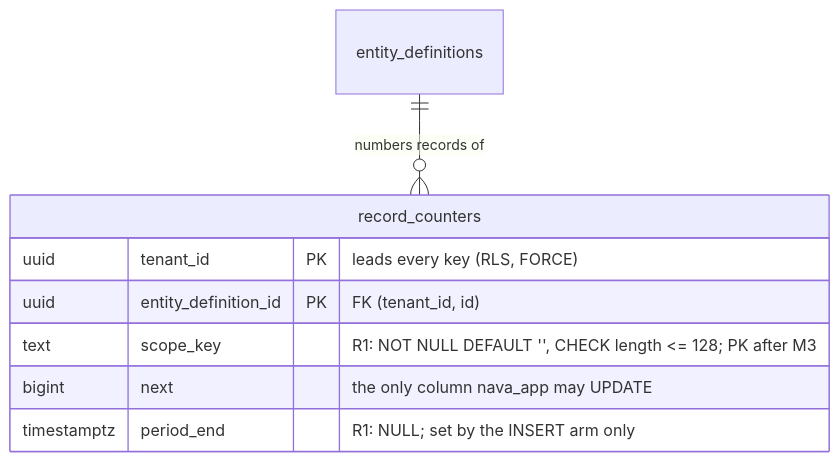
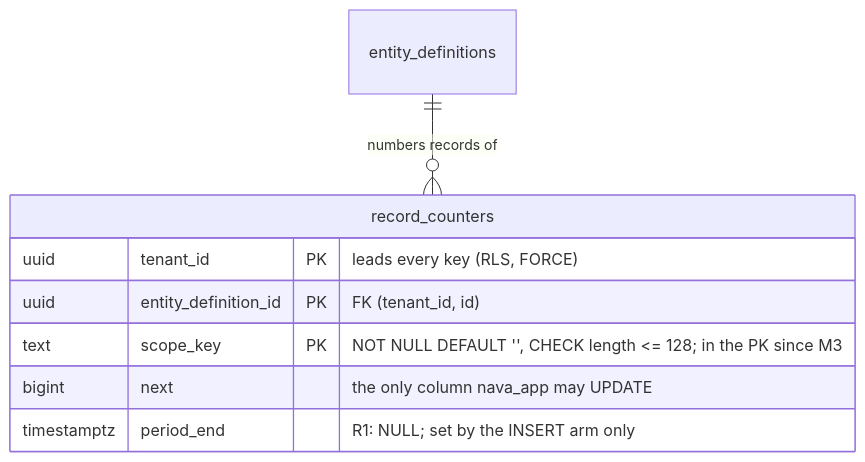
One commit to Navaladi2019/TicketingSystem changed the first of 3 diagrams in docs/data/record-counters-scope-key.md. Above: the diagram before and after it, drawn with Mermaid. The commit also changed other lines of this file and 20 other files, not shown here.

First line of the commit message:
TICK-670: M3, record_counters_pkey becomes (tenant_id, entity_definition_id, scope_key)

````diff
--- a/docs/data/record-counters-scope-key.md
+++ b/docs/data/record-counters-scope-key.md
@@ -11,11 +11,11 @@
 ```mermaid
 erDiagram
     entity_definitions ||--o{ record_counters : "numbers records of"
     record_counters {
         uuid tenant_id PK "leads every key (RLS, FORCE)"
         uuid entity_definition_id PK "FK (tenant_id, id)"
-        text scope_key "R1: NOT NULL DEFAULT '', CHECK length <= 128; PK after M3"
+        text scope_key PK "NOT NULL DEFAULT '', CHECK length <= 128; in the PK since M3"
         bigint next "the only column nava_app may UPDATE"
         timestamptz period_end "R1: NULL; set by the INSERT arm only"
     }
 ```
````
